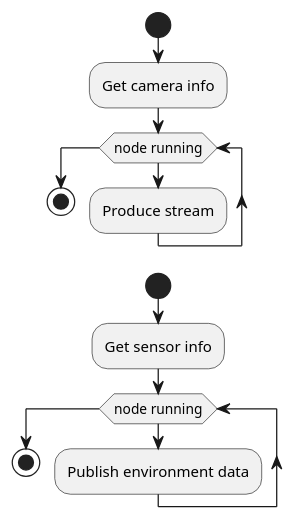
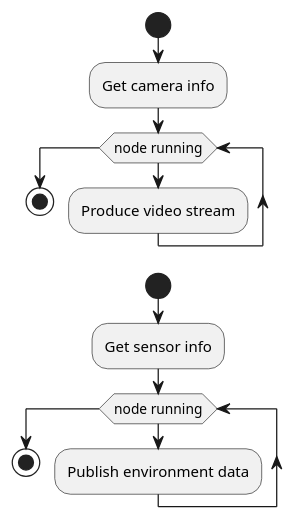
Before and after one commit to revue-org/revue: the diagram in docs/uml/activity/DeviceActivity.plantuml, drawn with PlantUML. The commit also changed 7 other files, not shown here.

```diff
--- a/docs/uml/activity/DeviceActivity.plantuml
+++ b/docs/uml/activity/DeviceActivity.plantuml
@@ -1,22 +1,22 @@
 @startuml
 
 start
 :Get camera info;
 
 while (node running)
-:Produce stream;
+:Produce video stream;
 
 endwhile
 stop
 
 start
 :Get sensor info;
 
 while (node running)
 :Publish environment data;
 
 endwhile
 stop
 
 
 @enduml
```
